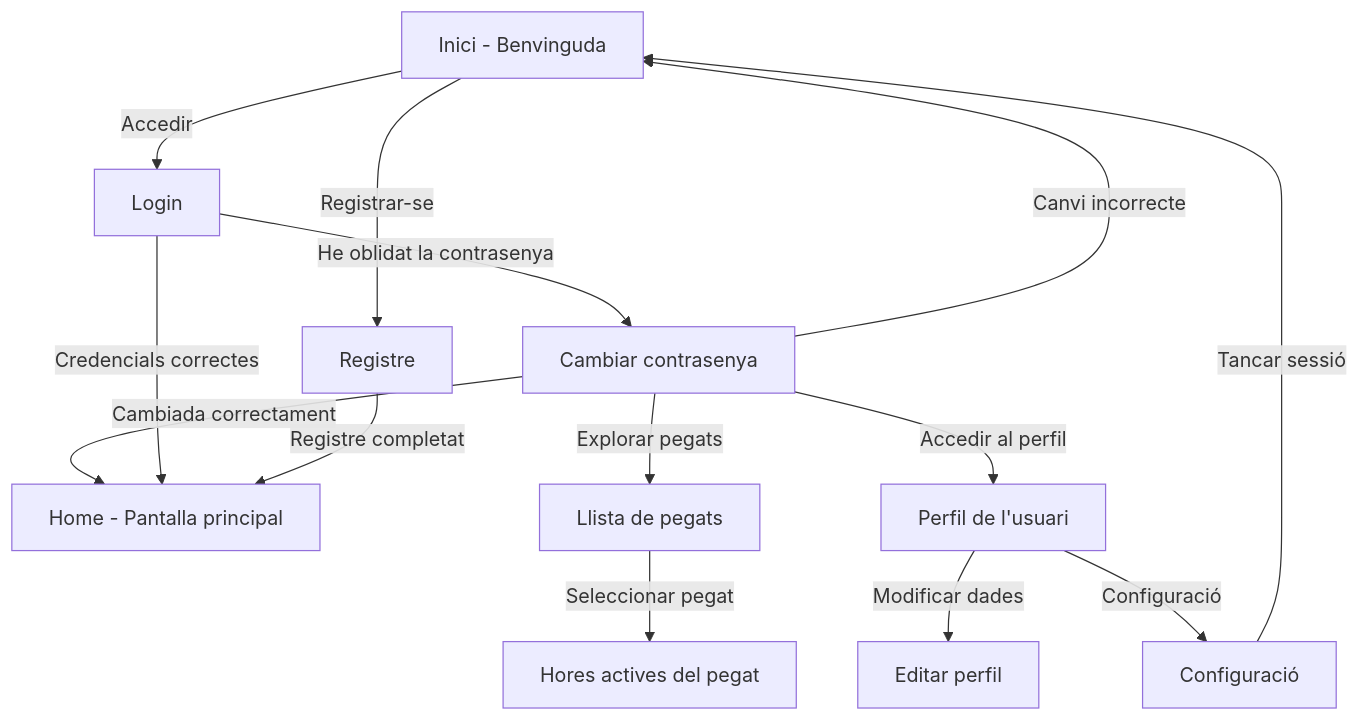
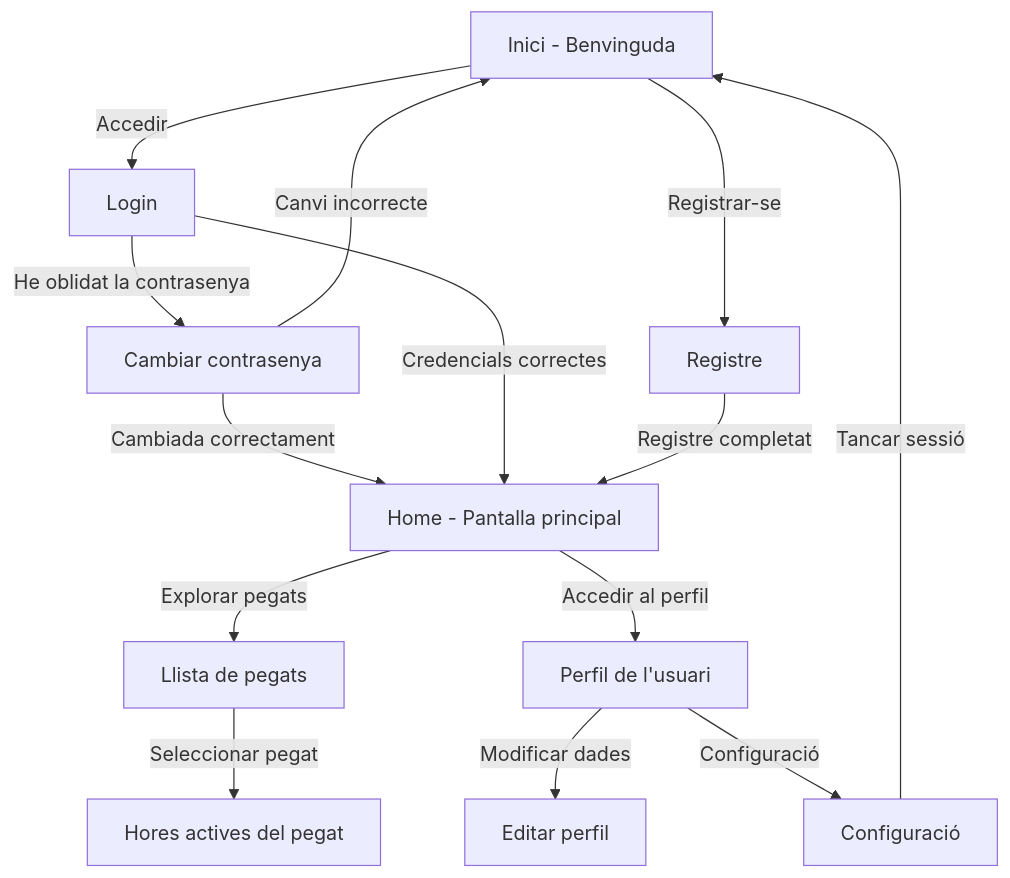
The diagram in chards/diagramPestanyes.mmd (maraagm/TapatApp), drawn with Mermaid before and after one commit.

```diff
--- a/chards/diagramPestanyes.mmd
+++ b/chards/diagramPestanyes.mmd
@@ -1,14 +1,14 @@
 flowchart TD
     A[Inici - Benvinguda] -->|Accedir| B[Login]
     B -->|He oblidat la contrasenya| D[Cambiar contrasenya]
     D -->|Cambiada correctament| E
     D -->|Canvi incorrecte|A
     A -->|Registrar-se| C[Registre]
     B -->|Credencials correctes| E[Home - Pantalla principal]
     C -->|Registre completat| E
-    D -->|Explorar pegats| F[Llista de pegats]
+    E -->|Explorar pegats| F[Llista de pegats]
     F -->|Seleccionar pegat| G[Hores actives del pegat]
-    D -->|Accedir al perfil| J[Perfil de l'usuari]
+    E -->|Accedir al perfil| J[Perfil de l'usuari]
     J -->|Modificar dades| K[Editar perfil]
     J -->|Configuració| L[Configuració]
     L -->|Tancar sessió| A
```
